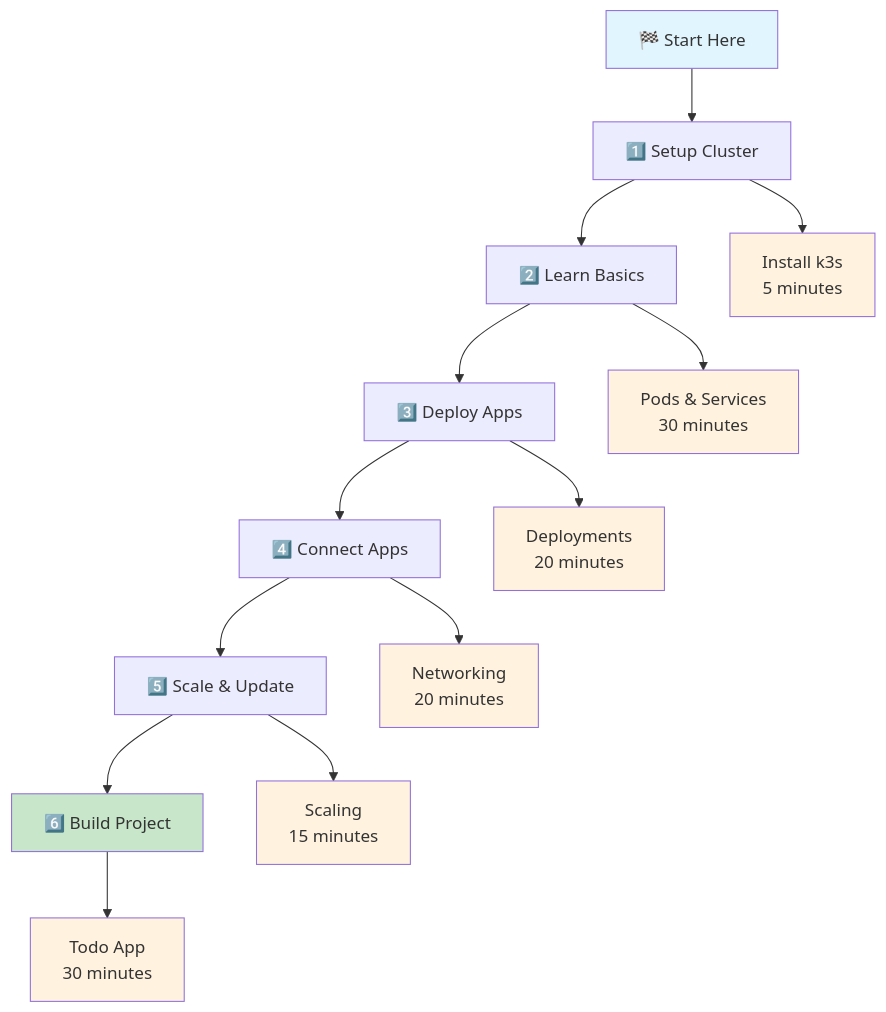
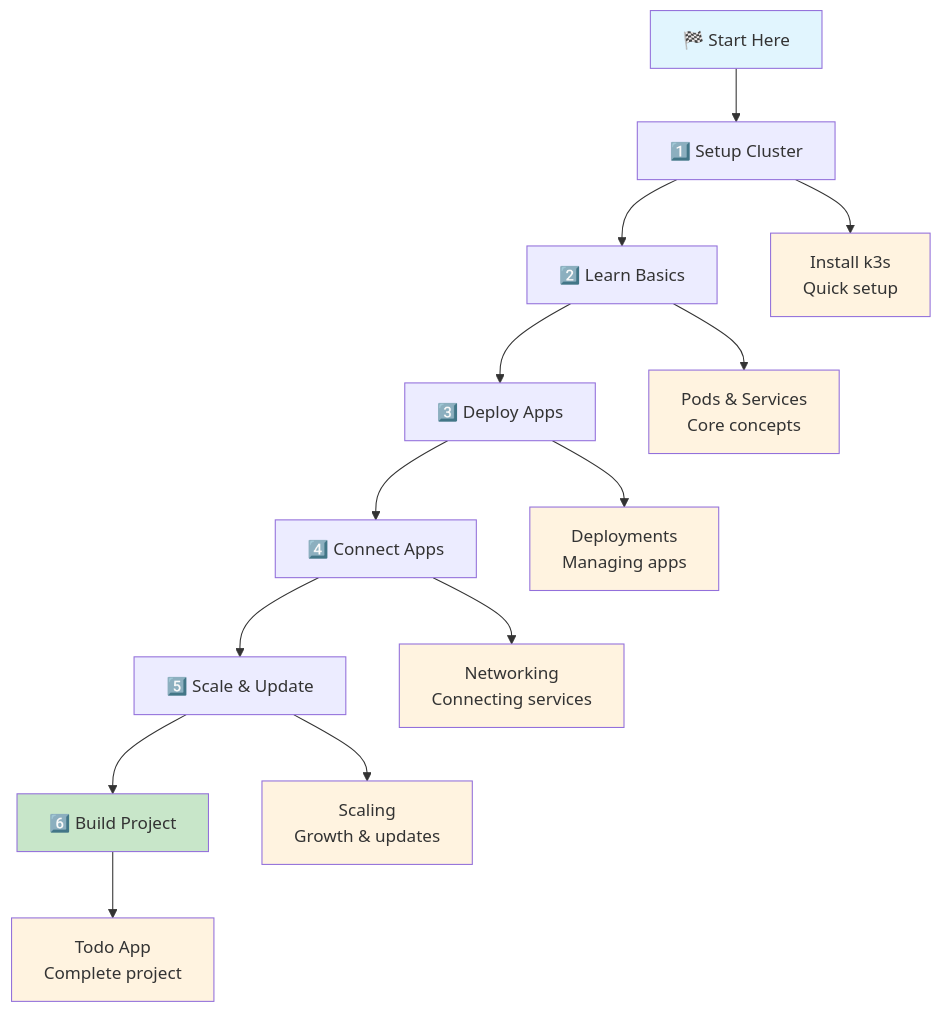
The first of 3 diagrams in Section-2-DevOps/Session-7_Kubernetes/README.md (manikcloud/cloud-devops-learning-path), drawn with Mermaid before and after one commit. The commit also changed other lines of this file and 7 other files, not shown here.

````diff
--- a/Section-2-DevOps/Session-7_Kubernetes/README.md
+++ b/Section-2-DevOps/Session-7_Kubernetes/README.md
@@ -43,25 +43,25 @@
 ```mermaid
 graph TD
     A[🏁 Start Here] --> B[1️⃣ Setup Cluster]
     B --> C[2️⃣ Learn Basics]
     C --> D[3️⃣ Deploy Apps]
     D --> E[4️⃣ Connect Apps]
     E --> F[5️⃣ Scale & Update]
     F --> G[6️⃣ Build Project]
     
-    B --> B1[Install k3s<br/>5 minutes]
-    C --> C1[Pods & Services<br/>30 minutes]
-    D --> D1[Deployments<br/>20 minutes]
-    E --> E1[Networking<br/>20 minutes]
-    F --> F1[Scaling<br/>15 minutes]
-    G --> G1[Todo App<br/>30 minutes]
+    B --> B1[Install k3s<br/>Quick setup]
+    C --> C1[Pods & Services<br/>Core concepts]
+    D --> D1[Deployments<br/>Managing apps]
+    E --> E1[Networking<br/>Connecting services]
+    F --> F1[Scaling<br/>Growth & updates]
+    G --> G1[Todo App<br/>Complete project]
     
     style A fill:#e1f5fe
     style G fill:#c8e6c9
     style B1 fill:#fff3e0
     style C1 fill:#fff3e0
     style D1 fill:#fff3e0
     style E1 fill:#fff3e0
     style F1 fill:#fff3e0
     style G1 fill:#fff3e0
 ```
````
